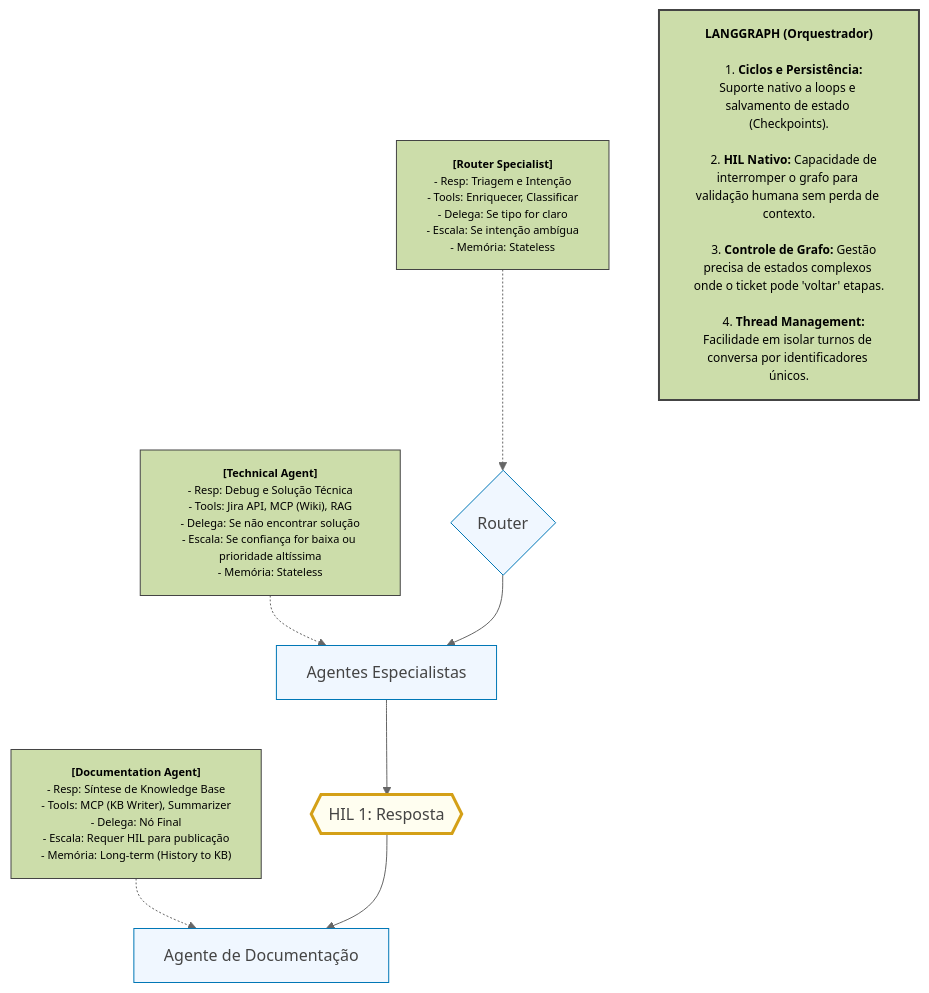
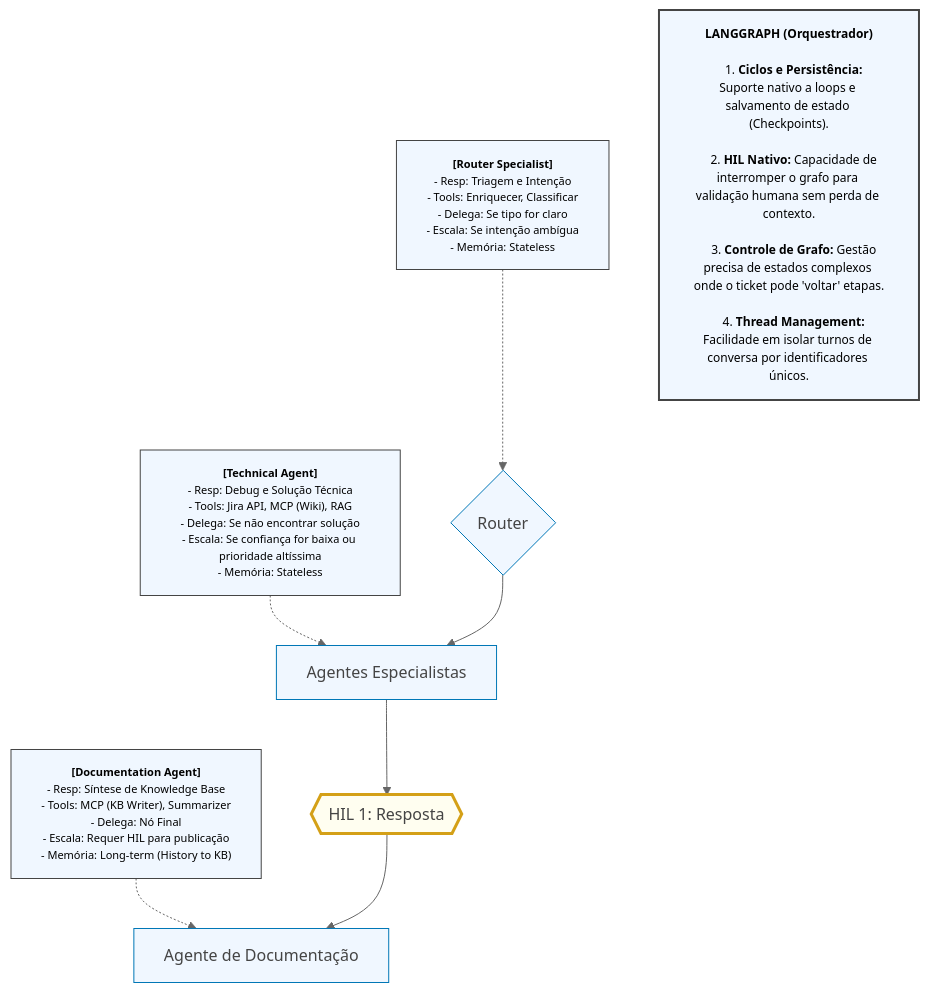
Before and after one commit to abnermsantos/customer_success_ai: the second of 2 diagrams in README.md, drawn with Mermaid (neutral theme).

````diff
--- a/README.md
+++ b/README.md
@@ -60,26 +60,26 @@
 ```mermaid
 flowchart TB
     S_Router["<b>[Router Specialist]</b><br>- Resp: Triagem e Intenção<br>- Tools: Enriquecer, Classificar<br>- Delega: Se tipo for claro<br>- Escala: Se intenção ambígua<br>- Memória: Stateless"] -.-> Router{"Router"}
     S_Tec@{ label: "<b>[Technical Agent]</b><br>- Resp: Debug e Solução Técnica<br>- Tools: Jira API, MCP (Wiki), RAG<br>- Delega: Se não encontrar solução<br style=\"--tw-border-spacing-y:\">- Escala: Se confiança for baixa ou prioridade altíssima<br>- Memória: Stateless" } -.-> A_Tec["Agentes Especialistas"]
     S_Doc["<b>[Documentation Agent]</b><br>- Resp: Síntese de Knowledge Base<br>- Tools: MCP (KB Writer), Summarizer<br>- Delega: Nó Final<br>- Escala: Requer HIL para publicação<br>- Memória: Long-term (History to KB)"] -.-> A_Doc["Agente de Documentação"]
     Router --> A_Tec
     A_Tec --> HIL1{{"HIL 1: Resposta"}}
     HIL1 --> A_Doc
     Justification@{ label: "<b>LANGGRAPH (Orquestrador)</b><br><br>    1. <b>Ciclos e Persistência:</b> Suporte nativo a loops e salvamento de estado (Checkpoints).<br><br>    2. <b>HIL Nativo:</b> Capacidade de interromper o grafo para validação humana sem perda de contexto.<br><br>    3. <b>Controle de Grafo:</b> Gestão precisa de estados complexos onde o ticket pode 'voltar' etapas.<br><br>    4. <b>Thread Management:</b> Facilidade em isolar turnos de conversa por identificadores únicos." }
 
     S_Tec@{ shape: rect}
     Justification@{ shape: rect}
      S_Router:::spec
      Router:::worker
      S_Tec:::spec
      A_Tec:::worker
      S_Doc:::spec
      A_Doc:::worker
      HIL1:::hil
      Justification:::justification
     classDef worker fill:#f0f7ff,stroke:#0077b6,color:#444
     classDef hil fill:#fffef0,stroke:#d4a017,color:#444,stroke-width:3px
-    classDef alert fill:#fff1f0,stroke:#cf1322,color:#444,stroke-dasharray: 5 5
-    classDef spec fill:#ccddaa,stroke:#444,font-size:11px
-    classDef justification fill:#ccddaa,stroke:#444,stroke-width:2px,font-size:12px
+    classDef alert fill:#f0f7ff,stroke:#cf1322,color:#444,stroke-dasharray: 5 5
+    classDef spec fill:#f0f7ff,stroke:#444,font-size:11px
+    classDef justification fill:#f0f7ff,stroke:#444,stroke-width:2px,font-size:12px
 ```
````
